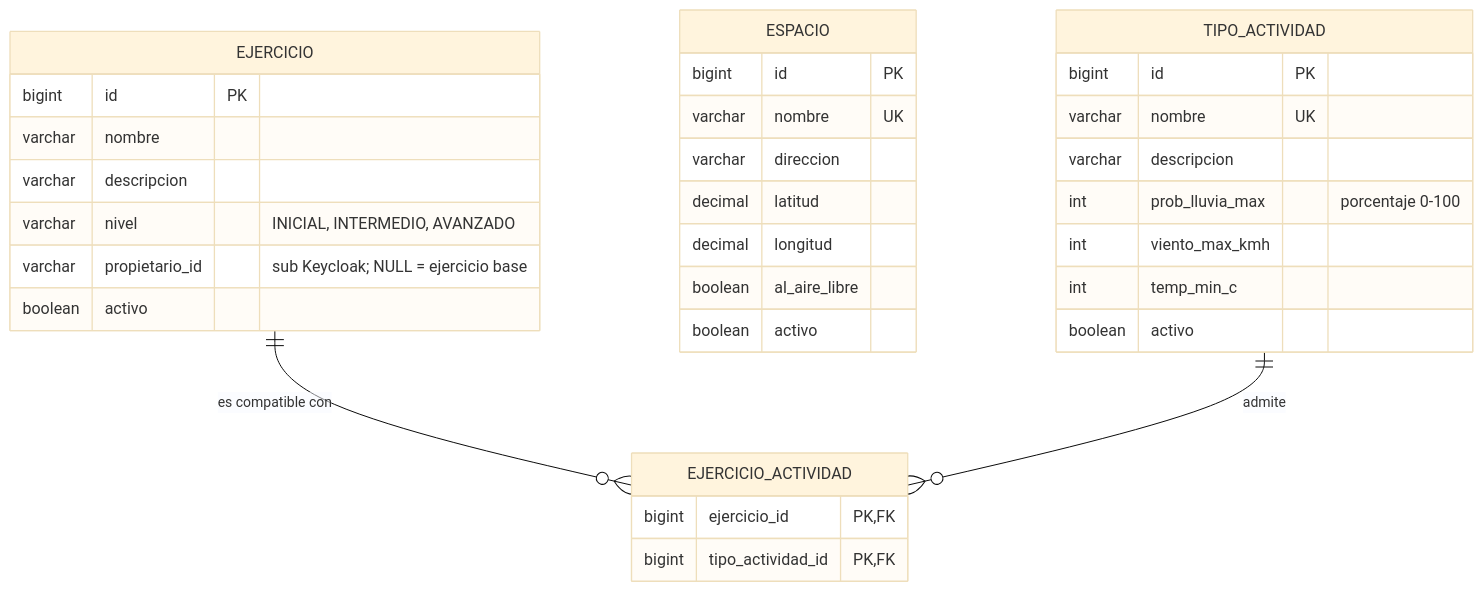
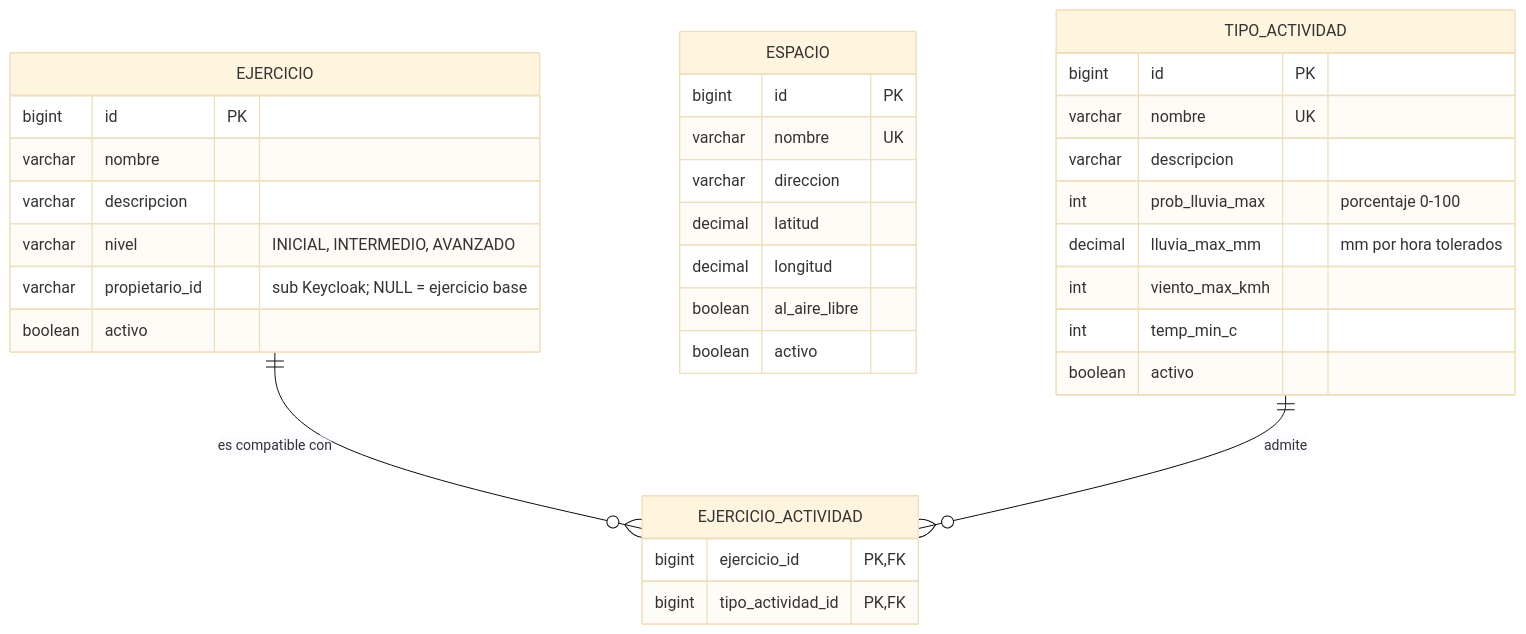
The diagram in docs/diagramas/der-actividades.mmd (tomy91449/climafit), drawn with Mermaid (base theme) before and after one commit. The commit also changed 77 other files, not shown here.

```diff
--- a/docs/diagramas/der-actividades.mmd
+++ b/docs/diagramas/der-actividades.mmd
@@ -1,34 +1,35 @@
 %% DER - actividades_db (administrada por ms-actividades)
 erDiagram
   TIPO_ACTIVIDAD {
     bigint id PK
     varchar nombre UK
     varchar descripcion
     int prob_lluvia_max "porcentaje 0-100"
+    decimal lluvia_max_mm "mm por hora tolerados"
     int viento_max_kmh
     int temp_min_c
     boolean activo
   }
   ESPACIO {
     bigint id PK
     varchar nombre UK
     varchar direccion
     decimal latitud
     decimal longitud
     boolean al_aire_libre
     boolean activo
   }
   EJERCICIO {
     bigint id PK
     varchar nombre
     varchar descripcion
     varchar nivel "INICIAL, INTERMEDIO, AVANZADO"
     varchar propietario_id "sub Keycloak; NULL = ejercicio base"
     boolean activo
   }
   EJERCICIO_ACTIVIDAD {
     bigint ejercicio_id PK, FK
     bigint tipo_actividad_id PK, FK
   }
   EJERCICIO ||--o{ EJERCICIO_ACTIVIDAD : "es compatible con"
   TIPO_ACTIVIDAD ||--o{ EJERCICIO_ACTIVIDAD : "admite"
```
